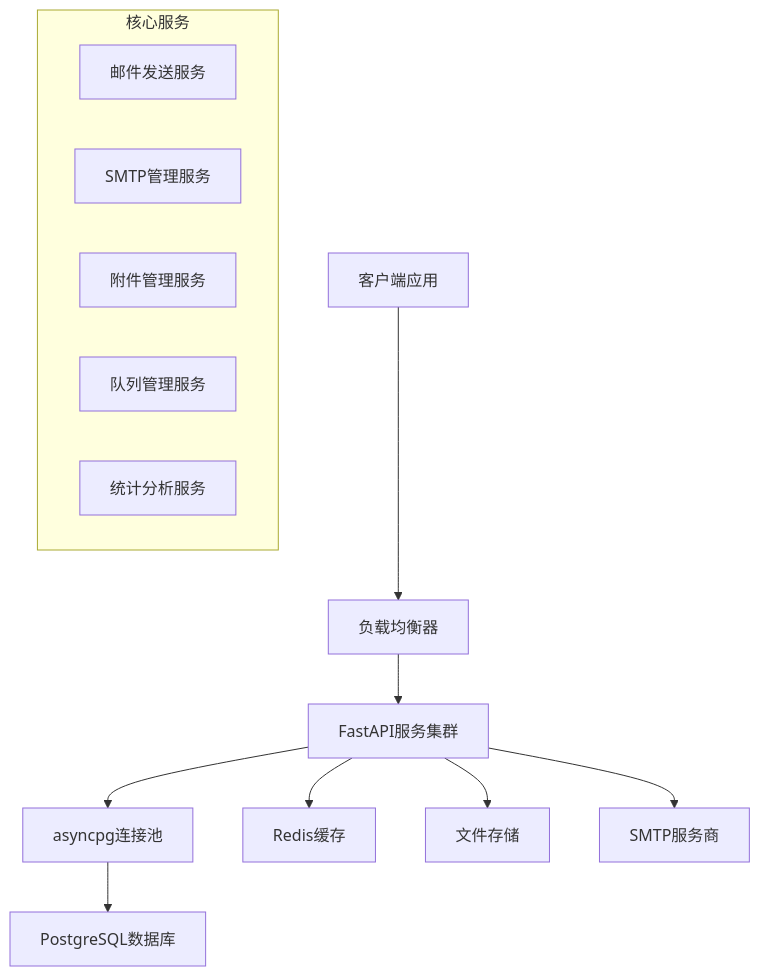
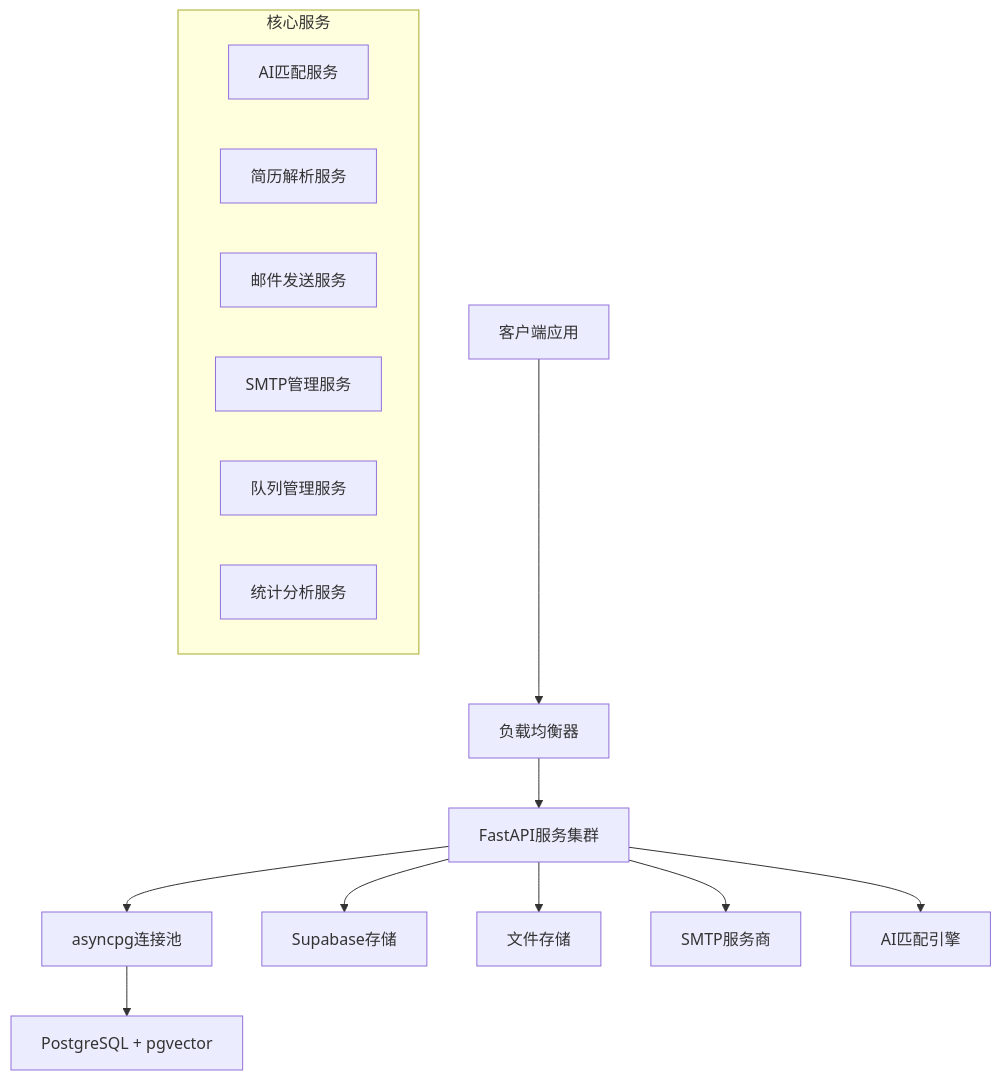
One commit to chiliososada/AiMatchingSendMail changed the diagram in README.md. Above: the diagram before and after it, drawn with Mermaid. The commit also changed other lines of this file, not shown here.

````diff
--- a/README.md
+++ b/README.md
@@ -43,18 +50,20 @@
 ```mermaid
 graph TB
     A[客户端应用] --> B[负载均衡器]
     B --> C[FastAPI服务集群]
     C --> D[asyncpg连接池]
-    D --> E[PostgreSQL数据库]
-    C --> F[Redis缓存]
+    D --> E[PostgreSQL + pgvector]
+    C --> F[Supabase存储]
     C --> G[文件存储]
     C --> H[SMTP服务商]
+    C --> I[AI匹配引擎]
     
     subgraph "核心服务"
-        C1[邮件发送服务]
-        C2[SMTP管理服务]
-        C3[附件管理服务]
-        C4[队列管理服务]
-        C5[统计分析服务]
+        C1[AI匹配服务]
+        C2[简历解析服务]
+        C3[邮件发送服务]
+        C4[SMTP管理服务]
+        C5[队列管理服务]
+        C6[统计分析服务]
     end
 ```
````
